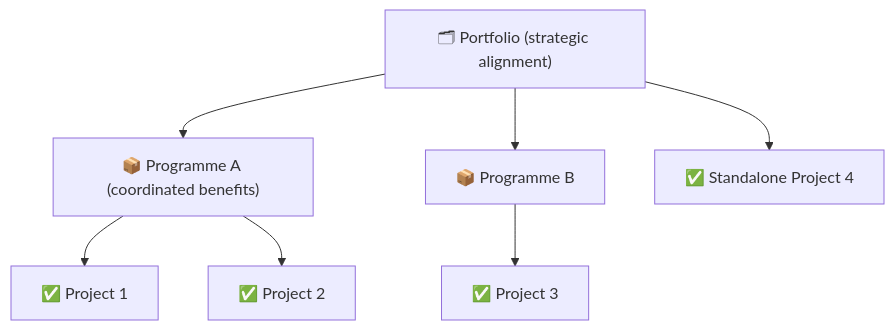
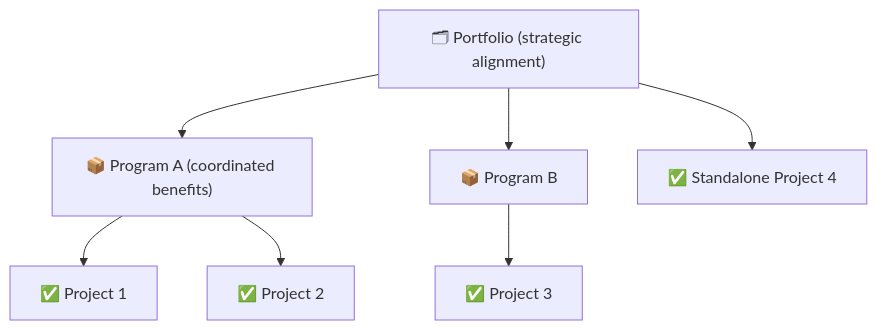
The second of 4 diagrams in modules/01-foundations.md (UncleJS/course_projectManagement), drawn with Mermaid before and after one commit. The commit also changed other lines of this file and 63 other files, not shown here.

````diff
--- a/modules/01-foundations.md
+++ b/modules/01-foundations.md
@@ -118,16 +118,16 @@
 ```mermaid
 flowchart TD
     PF["🗂 Portfolio (strategic alignment)"]
-    PA["📦 Programme A (coordinated benefits)"]
-    PB["📦 Programme B"]
+    PA["📦 Program A (coordinated benefits)"]
+    PB["📦 Program B"]
     P1["✅ Project 1"]
     P2["✅ Project 2"]
     P3["✅ Project 3"]
     P4["✅ Standalone Project 4"]
     PF --> PA
     PF --> PB
     PF --> P4
     PA --> P1
     PA --> P2
     PB --> P3
 ```
````
